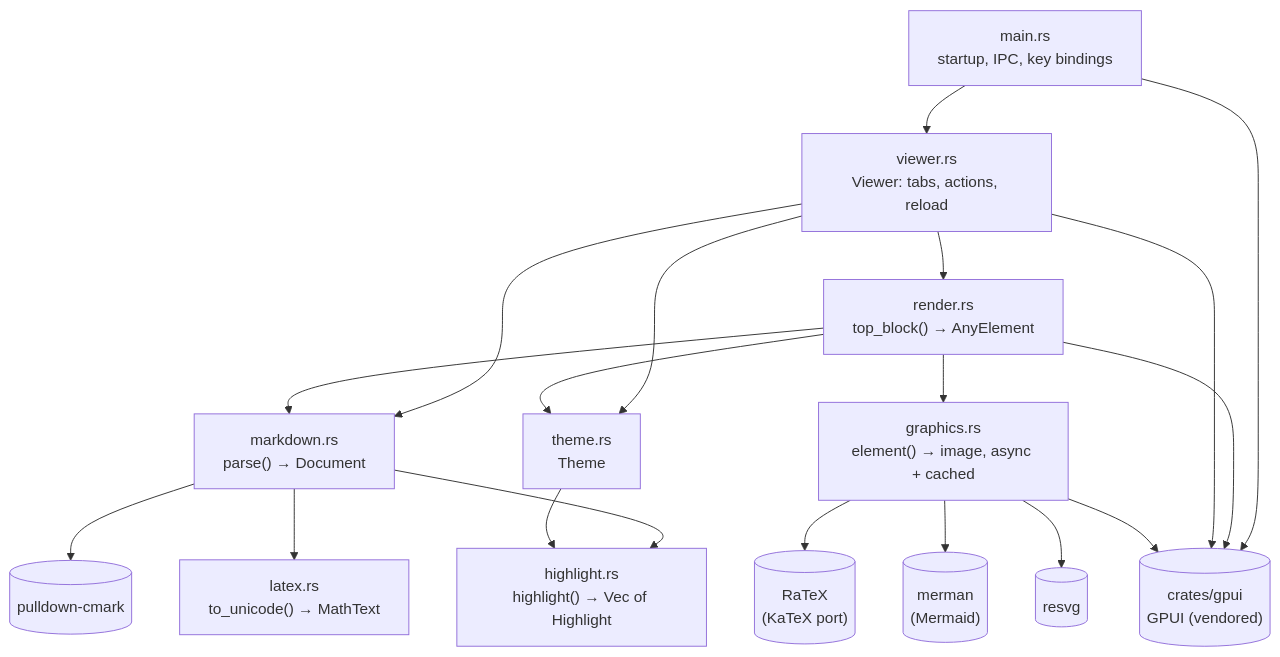
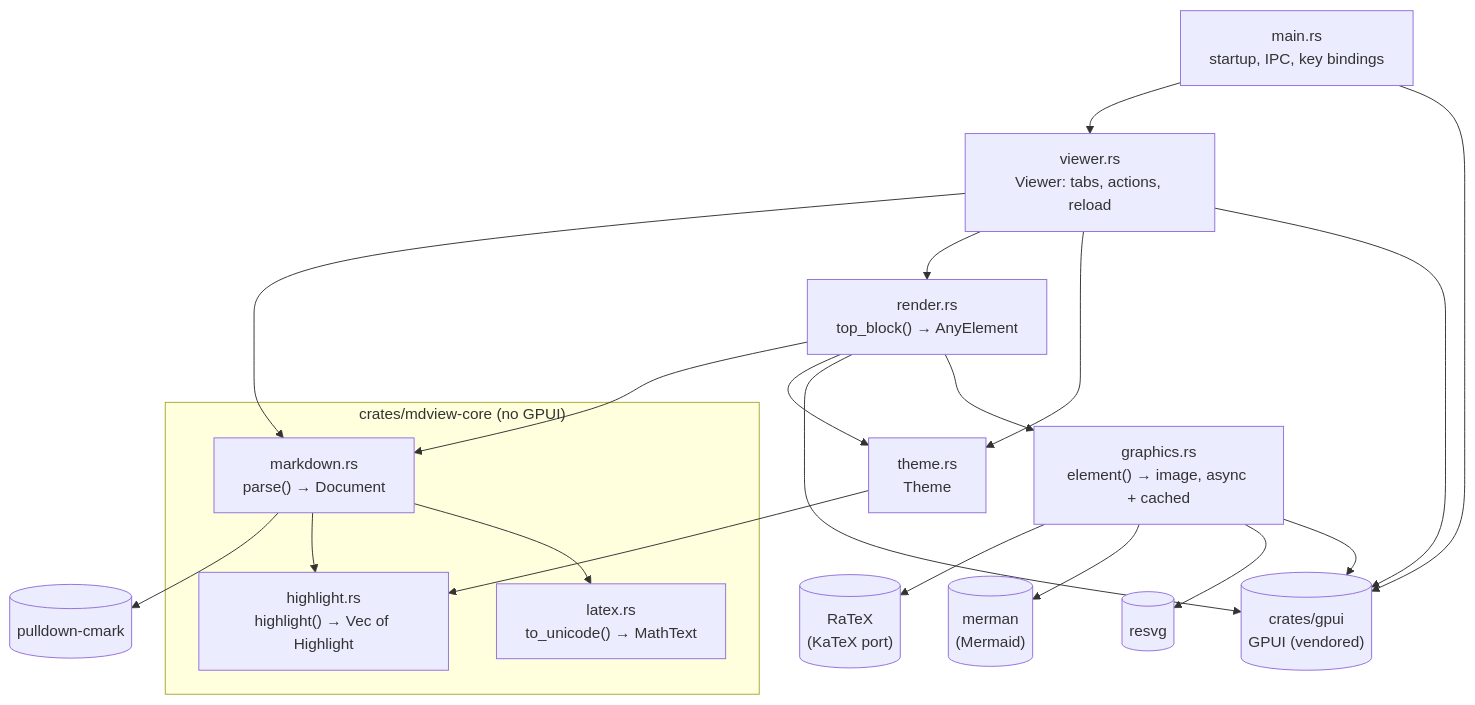
One commit to JorgeAgar/markdown-viewer-zed changed the first of 5 diagrams in docs/architecture.md. Above: the diagram before and after it, drawn with Mermaid. The commit also changed other lines of this file and 12 other files, not shown here.

First line of the commit message:
Move the parser, highlighter and LaTeX code into mdview-core

````diff
--- a/docs/architecture.md
+++ b/docs/architecture.md
@@ -24,35 +26,37 @@
 ```mermaid
 flowchart TD
     main["main.rs<br/>startup, IPC, key bindings"]
     viewer["viewer.rs<br/>Viewer: tabs, actions, reload"]
-    markdown["markdown.rs<br/>parse() → Document"]
-    highlight["highlight.rs<br/>highlight() → Vec of Highlight"]
-    latex["latex.rs<br/>to_unicode() → MathText"]
+    subgraph core["crates/mdview-core (no GPUI)"]
+        markdown["markdown.rs<br/>parse() → Document"]
+        highlight["highlight.rs<br/>highlight() → Vec of Highlight"]
+        latex["latex.rs<br/>to_unicode() → MathText"]
+    end
     graphics["graphics.rs<br/>element() → image, async + cached"]
     ratex[("RaTeX<br/>(KaTeX port)")]
     merman[("merman<br/>(Mermaid)")]
     resvg[("resvg")]
     render["render.rs<br/>top_block() → AnyElement"]
     theme["theme.rs<br/>Theme"]
     gpui[("crates/gpui<br/>GPUI (vendored)")]
     cmark[("pulldown-cmark")]
 
     main --> viewer
     main --> gpui
     viewer --> markdown
     viewer --> render
     viewer --> theme
     render --> markdown
     render --> theme
     render --> gpui
     viewer --> gpui
     markdown --> cmark
     markdown --> highlight
     markdown --> latex
     theme --> highlight
     render --> graphics
     graphics --> ratex
     graphics --> merman
     graphics --> resvg
     graphics --> gpui
 ```
````
